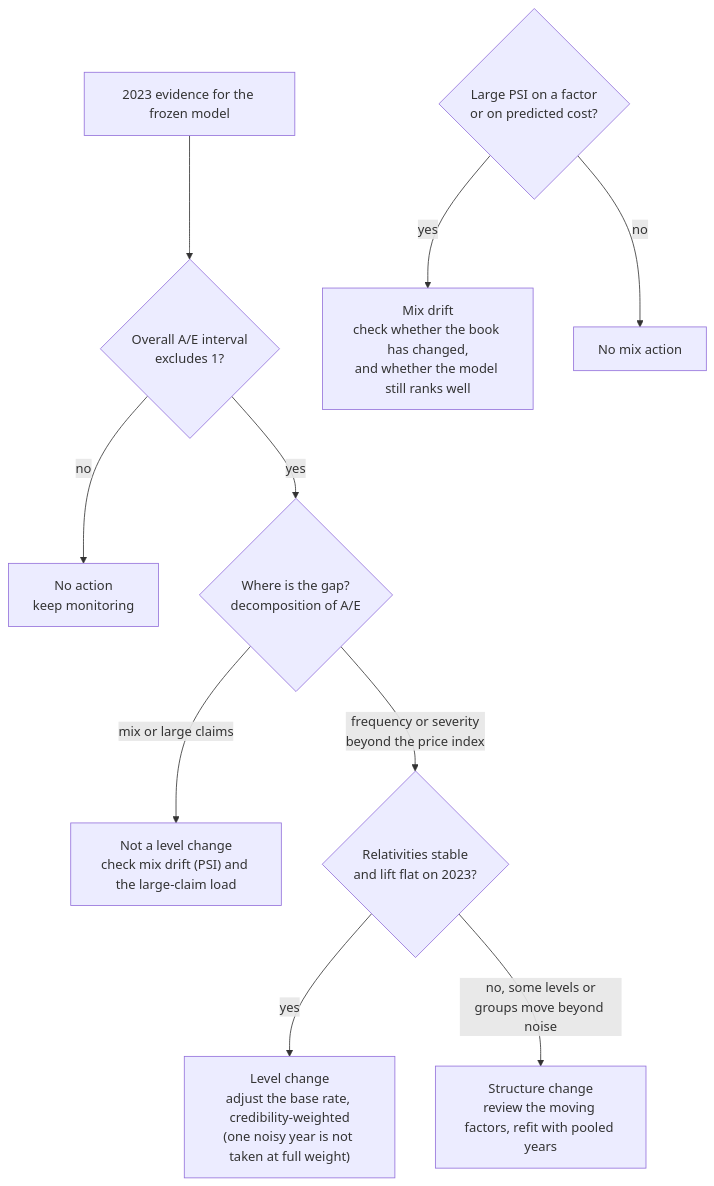
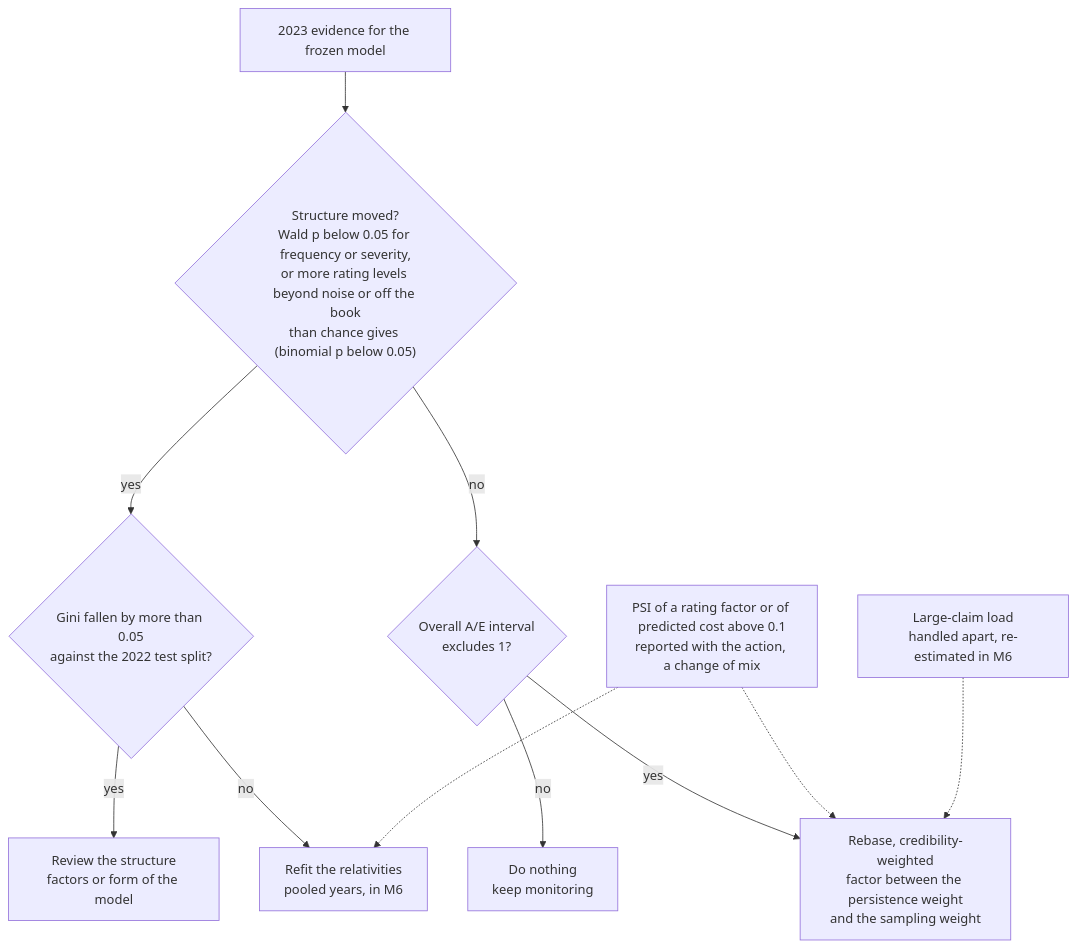
The sixth of 6 diagrams in _docs/data-flow.md (asudarmo/health-pricing-meps), drawn with Mermaid before and after one commit. The commit also changed other lines of this file and 10 other files, not shown here.

Commit message:
Recalibration rule with credibility-weighted rebase, applied to 2023 (#47); diagram 5b updated

````diff
--- a/_docs/data-flow.md
+++ b/_docs/data-flow.md
@@ -188,15 +188,16 @@
 ```mermaid
 flowchart TD
-    START["2023 evidence for the frozen model"] --> GAP{"Overall A/E interval<br/>excludes 1?"}
-    GAP -- "no" --> NONE["No action<br/>keep monitoring"]
-    GAP -- "yes" --> WHERE{"Where is the gap?<br/>decomposition of A/E"}
+    START["2023 evidence for the frozen model"] --> STRUCT{"Structure moved?<br/>Wald p below 0.05 for frequency or severity,<br/>or more rating levels beyond noise or off the book<br/>than chance gives (binomial p below 0.05)"}
 
-    WHERE -- "mix or large claims" --> NOLVL["Not a level change<br/>check mix drift (PSI) and the large-claim load"]
-    WHERE -- "frequency or severity<br/>beyond the price index" --> SHAPE{"Relativities stable<br/>and lift flat on 2023?"}
+    STRUCT -- "yes" --> RANK{"Gini fallen by more than 0.05<br/>against the 2022 test split?"}
+    RANK -- "yes" --> REVIEW["Review the structure<br/>factors or form of the model"]
+    RANK -- "no" --> REFIT["Refit the relativities<br/>pooled years, in M6"]
 
-    SHAPE -- "yes" --> LEVEL["Level change<br/>adjust the base rate, credibility-weighted<br/>(one noisy year is not taken at full weight)"]
-    SHAPE -- "no, some levels or<br/>groups move beyond noise" --> STRUCT["Structure change<br/>review the moving factors, refit with pooled years"]
+    STRUCT -- "no" --> GAP{"Overall A/E interval<br/>excludes 1?"}
+    GAP -- "no" --> NONE["Do nothing<br/>keep monitoring"]
+    GAP -- "yes" --> REBASE["Rebase, credibility-weighted<br/>factor between the persistence weight<br/>and the sampling weight"]
 
-    PSI2{"Large PSI on a factor<br/>or on predicted cost?"} -- "yes" --> MIX["Mix drift<br/>check whether the book has changed,<br/>and whether the model still ranks well"]
-    PSI2 -- "no" --> OK["No mix action"]
+    MIX["PSI of a rating factor or of predicted cost above 0.1<br/>reported with the action, a change of mix"] -.-> REBASE
+    MIX -.-> REFIT
+    LOAD["Large-claim load<br/>handled apart, re-estimated in M6"] -.-> REBASE
 ```
````
